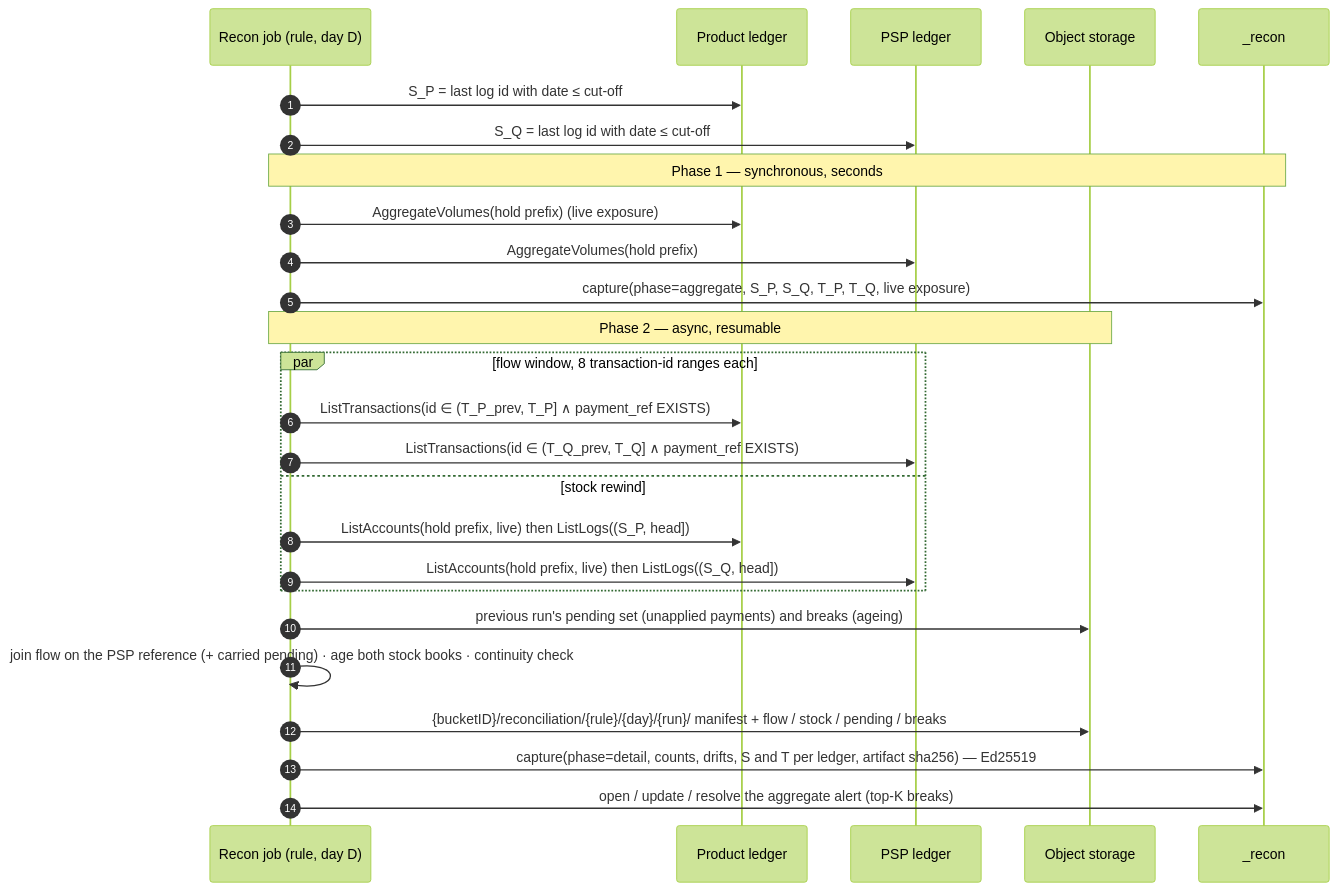
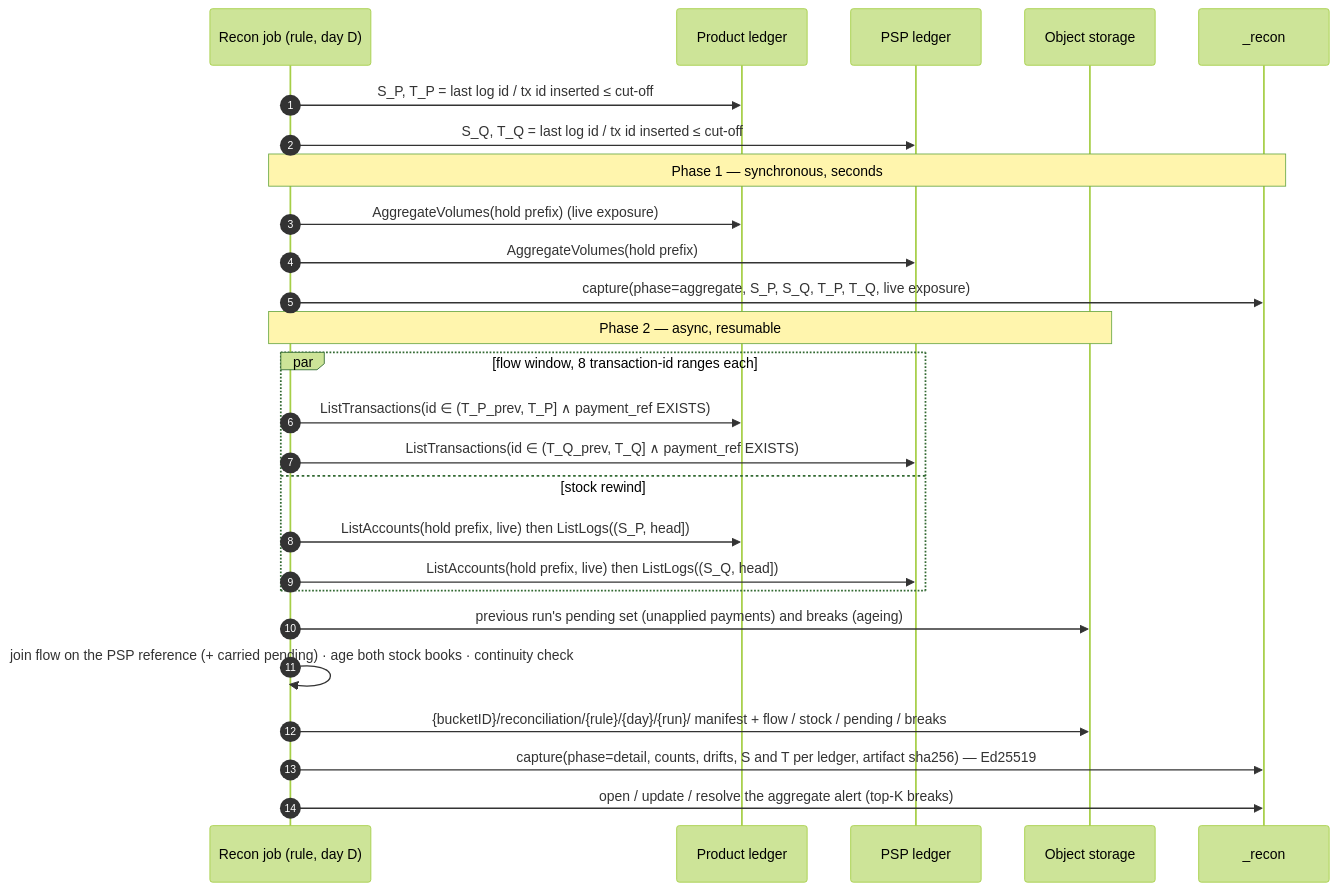
Before and after one commit to formancehq/reconciliation: the second of 2 diagrams in docs/technical/transaction-level-reconciliation.md, drawn with Mermaid (forest theme). The commit also changed other lines of this file and 1 other file, not shown here.

First line of the commit message:
docs(recon): explain the cut and why it makes the flow read cheap

````diff
--- a/docs/technical/transaction-level-reconciliation.md
+++ b/docs/technical/transaction-level-reconciliation.md
@@ -155,29 +155,29 @@
 ```mermaid
 sequenceDiagram
     autonumber
     participant J as Recon job (rule, day D)
     participant P as Product ledger
     participant Q as PSP ledger
     participant O as Object storage
     participant C as _recon
 
-    J->>P: S_P = last log id with date ≤ cut-off
-    J->>Q: S_Q = last log id with date ≤ cut-off
+    J->>P: S_P, T_P = last log id / tx id inserted ≤ cut-off
+    J->>Q: S_Q, T_Q = last log id / tx id inserted ≤ cut-off
     Note over J,C: Phase 1 — synchronous, seconds
     J->>P: AggregateVolumes(hold prefix)  (live exposure)
     J->>Q: AggregateVolumes(hold prefix)
     J->>C: capture(phase=aggregate, S_P, S_Q, T_P, T_Q, live exposure)
     Note over J,O: Phase 2 — async, resumable
     par flow window, 8 transaction-id ranges each
         J->>P: ListTransactions(id ∈ (T_P_prev, T_P] ∧ payment_ref EXISTS)
         J->>Q: ListTransactions(id ∈ (T_Q_prev, T_Q] ∧ payment_ref EXISTS)
     and stock rewind
         J->>P: ListAccounts(hold prefix, live) then ListLogs((S_P, head])
         J->>Q: ListAccounts(hold prefix, live) then ListLogs((S_Q, head])
     end
     J->>O: previous run's pending set (unapplied payments) and breaks (ageing)
     J->>J: join flow on the PSP reference (+ carried pending) · age both stock books · continuity check
     J->>O: {bucketID}/reconciliation/{rule}/{day}/{run}/ manifest + flow / stock / pending / breaks
     J->>C: capture(phase=detail, counts, drifts, S and T per ledger, artifact sha256) — Ed25519
     J->>C: open / update / resolve the aggregate alert (top-K breaks)
 ```
````
